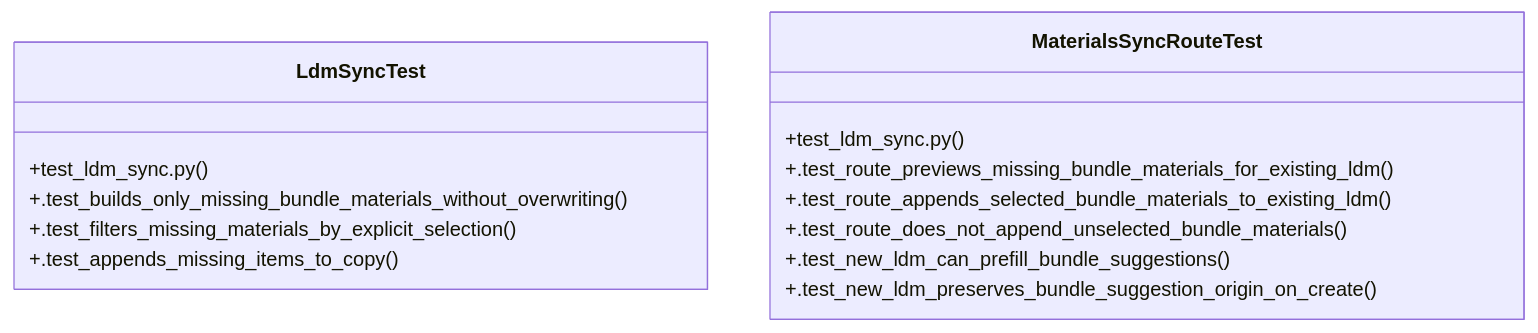
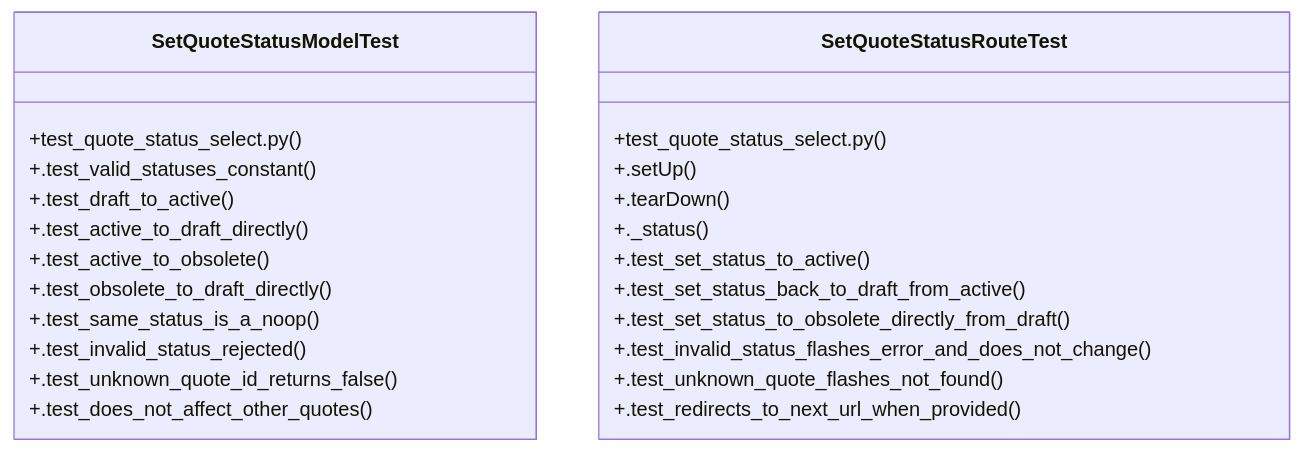
Before and after one commit to Daftrick/ProjectTracker: the diagram in graphify-out/wiki/Community_18.md, drawn with Mermaid. The commit also changed other lines of this file and 465 other files, not shown here.

````diff
--- a/graphify-out/wiki/Community_18.md
+++ b/graphify-out/wiki/Community_18.md
@@ -35,17 +35,27 @@
 ```mermaid
 classDiagram
-    class LdmSyncTest {
-        +test_ldm_sync.py()
-        +.test_builds_only_missing_bundle_materials_without_overwriting()
-        +.test_filters_missing_materials_by_explicit_selection()
-        +.test_appends_missing_items_to_copy()
+    class SetQuoteStatusModelTest {
+        +test_quote_status_select.py()
+        +.test_valid_statuses_constant()
+        +.test_draft_to_active()
+        +.test_active_to_draft_directly()
+        +.test_active_to_obsolete()
+        +.test_obsolete_to_draft_directly()
+        +.test_same_status_is_a_noop()
+        +.test_invalid_status_rejected()
+        +.test_unknown_quote_id_returns_false()
+        +.test_does_not_affect_other_quotes()
     }
-    class MaterialsSyncRouteTest {
-        +test_ldm_sync.py()
-        +.test_route_previews_missing_bundle_materials_for_existing_ldm()
-        +.test_route_appends_selected_bundle_materials_to_existing_ldm()
-        +.test_route_does_not_append_unselected_bundle_materials()
-        +.test_new_ldm_can_prefill_bundle_suggestions()
-        +.test_new_ldm_preserves_bundle_suggestion_origin_on_create()
+    class SetQuoteStatusRouteTest {
+        +test_quote_status_select.py()
+        +.setUp()
+        +.tearDown()
+        +._status()
+        +.test_set_status_to_active()
+        +.test_set_status_back_to_draft_from_active()
+        +.test_set_status_to_obsolete_directly_from_draft()
+        +.test_invalid_status_flashes_error_and_does_not_change()
+        +.test_unknown_quote_flashes_not_found()
+        +.test_redirects_to_next_url_when_provided()
     }
 ```
````
